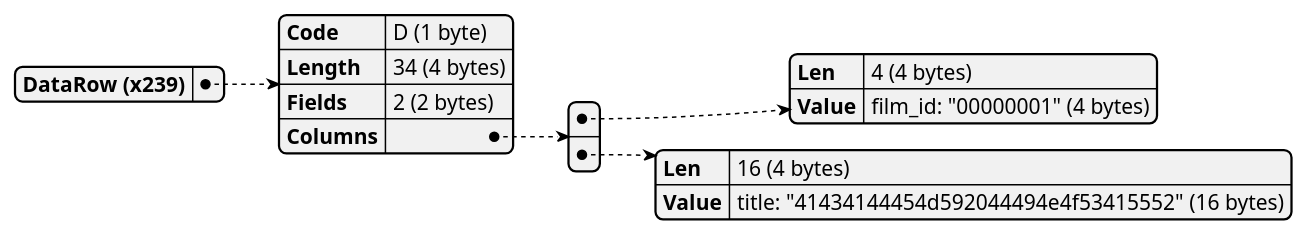
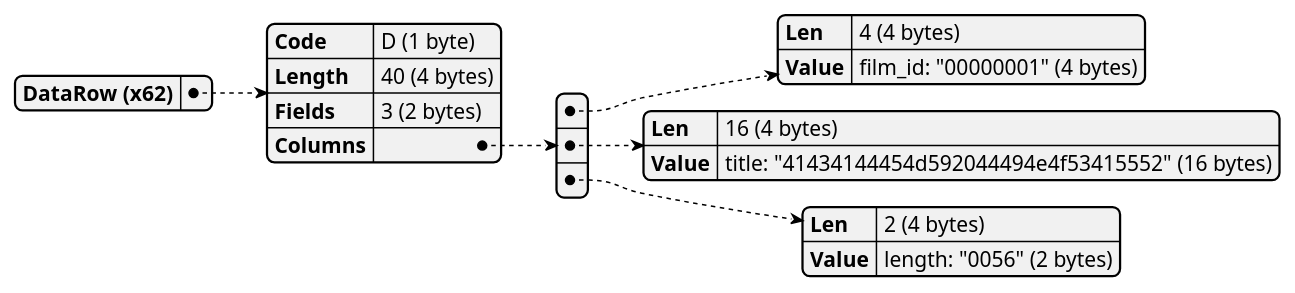
Before and after one commit to xfischer/pg_protoexport: the ninth of 11 diagrams in docs/examples/exports/pagila-07-execute-with-maxrows-0-portalsuspended/capture.plantuml.pkt.md, drawn with PlantUML. The commit also changed other lines of this file and 135 other files, not shown here.

````diff
--- a/docs/examples/exports/pagila-07-execute-with-maxrows-0-portalsuspended/capture.plantuml.pkt.md
+++ b/docs/examples/exports/pagila-07-execute-with-maxrows-0-portalsuspended/capture.plantuml.pkt.md
@@ -131,21 +158,25 @@
 ```plantuml
 @startjson
 {
-  "DataRow (x239)": {
+  "DataRow (x62)": {
     "Code": "D (1 byte)",
-    "Length": "34 (4 bytes)",
-    "Fields": "2 (2 bytes)",
+    "Length": "40 (4 bytes)",
+    "Fields": "3 (2 bytes)",
     "Columns": [
       {
         "Len": "4 (4 bytes)",
         "Value": "film_id: \"00000001\" (4 bytes)"
       },
       {
         "Len": "16 (4 bytes)",
         "Value": "title: \"41434144454d592044494e4f53415552\" (16 bytes)"
+      },
+      {
+        "Len": "2 (4 bytes)",
+        "Value": "length: \"0056\" (2 bytes)"
       }
     ]
   }
 }
 @endjson
 ```
````
